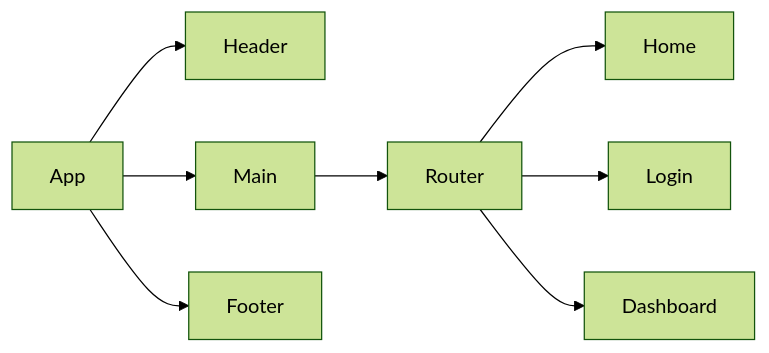
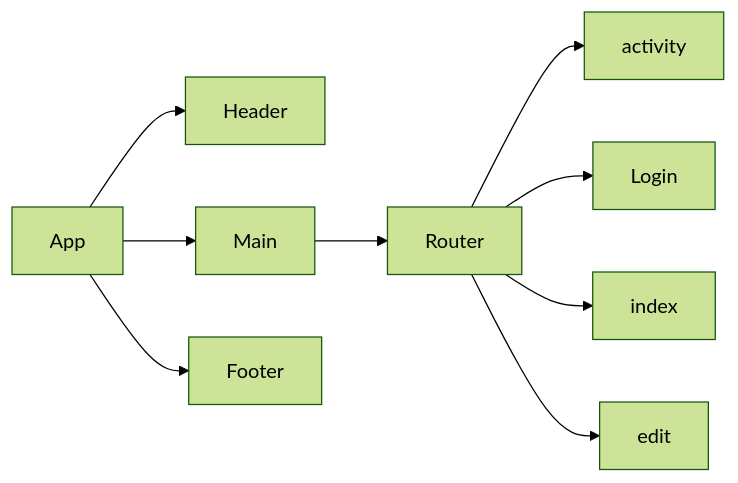
One commit to kellyluuu/Explore-Florence changed the diagram in README.md. Above: the diagram before and after it, drawn with Mermaid (forest theme). The commit also changed other lines of this file and 5 other files, not shown here.

````diff
--- a/README.md
+++ b/README.md
@@ -52,10 +45,13 @@
 ```mermaid
+
 flowchart LR
-  App-->Header
-  App-->Main
-  App-->Footer
-  Main-->Router
-  Router-->Home
-  Router-->Login
-  Router-->Dashboard
+App-->Header
+App-->Main
+App-->Footer
+Main-->Router
+Router--> activity
+Router-->Login
+Router-->index
+Router-->edit
+
 ```
````
